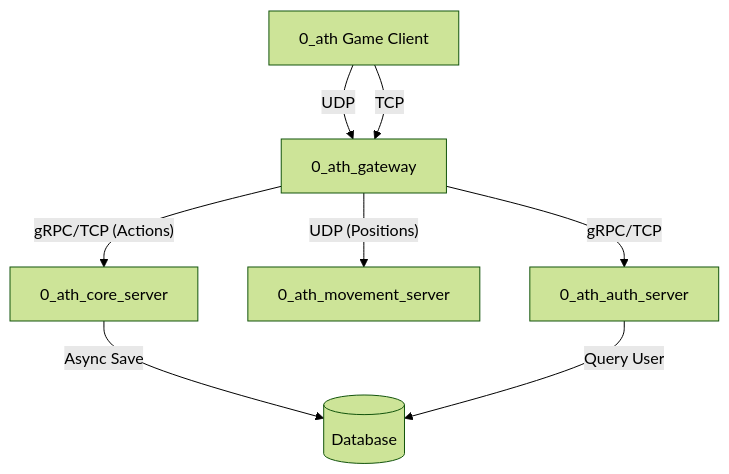
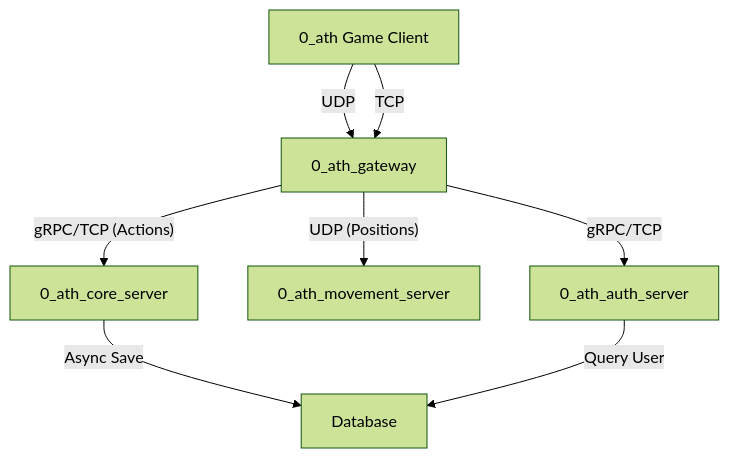
Before and after one commit to shdynila/0_ath_wiki: the diagram in content/Architecture/Network-Flow.md, drawn with Mermaid (forest theme).

Commit message:
fix: resolve mermaid DB shape parsing error

````diff
--- a/content/Architecture/Network-Flow.md
+++ b/content/Architecture/Network-Flow.md
@@ -11,12 +11,12 @@
 ```mermaid
 graph TD
-    Client["0_ath Game Client"] -->|UDP| Gate["0_ath_gateway"]
-    Client -->|TCP| Gate
+    Client["0_ath Game Client"] -->|"UDP"| Gate["0_ath_gateway"]
+    Client -->|"TCP"| Gate
     
     Gate -->|"gRPC/TCP"| Auth["0_ath_auth_server"]
     Gate -->|"UDP (Positions)"| Move["0_ath_movement_server"]
     Gate -->|"gRPC/TCP (Actions)"| Zone["0_ath_core_server"]
     
-    Zone -->|"Async Save"| DB[(Database)]
+    Zone -->|"Async Save"| DB["Database"]
     Auth -->|"Query User"| DB
 ```
````
